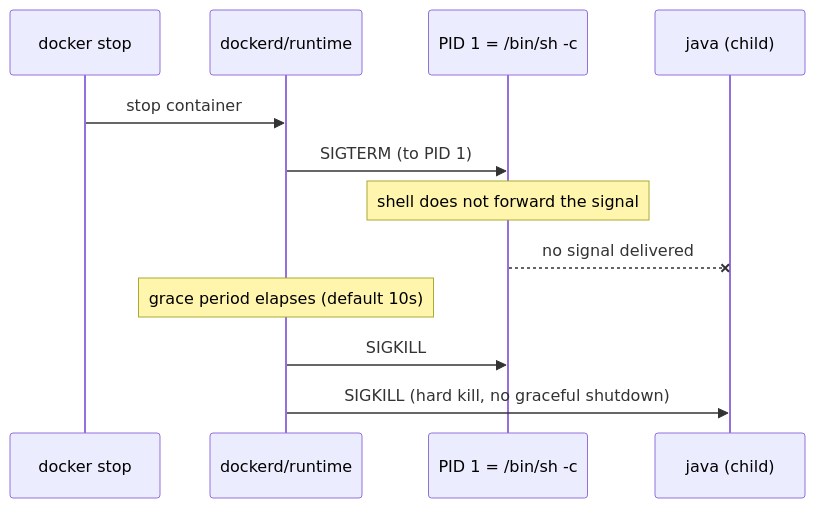
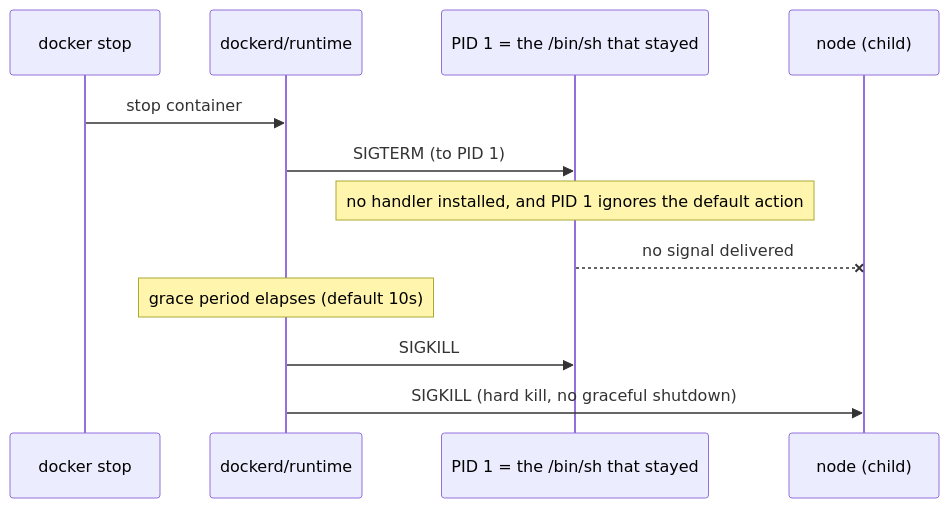
The second of 3 diagrams in topics/docker/entrypoint-vs-cmd/concepts.md (PaulSayantan/grokking-interview), drawn with Mermaid before and after one commit. The commit also changed other lines of this file and 3 other files, not shown here.

````diff
--- a/topics/docker/entrypoint-vs-cmd/concepts.md
+++ b/topics/docker/entrypoint-vs-cmd/concepts.md
@@ -188,14 +389,14 @@
 ```mermaid
 sequenceDiagram
   participant U as docker stop
   participant D as dockerd/runtime
-  participant S as PID 1 = /bin/sh -c
-  participant A as java (child)
+  participant S as PID 1 = the /bin/sh that stayed
+  participant A as node (child)
   U->>D: stop container
   D->>S: SIGTERM (to PID 1)
-  Note over S: shell does not forward the signal
+  Note over S: no handler installed, and PID 1 ignores the default action
   S--xA: no signal delivered
   Note over D: grace period elapses (default 10s)
   D->>S: SIGKILL
   D->>A: SIGKILL (hard kill, no graceful shutdown)
 ```
````
